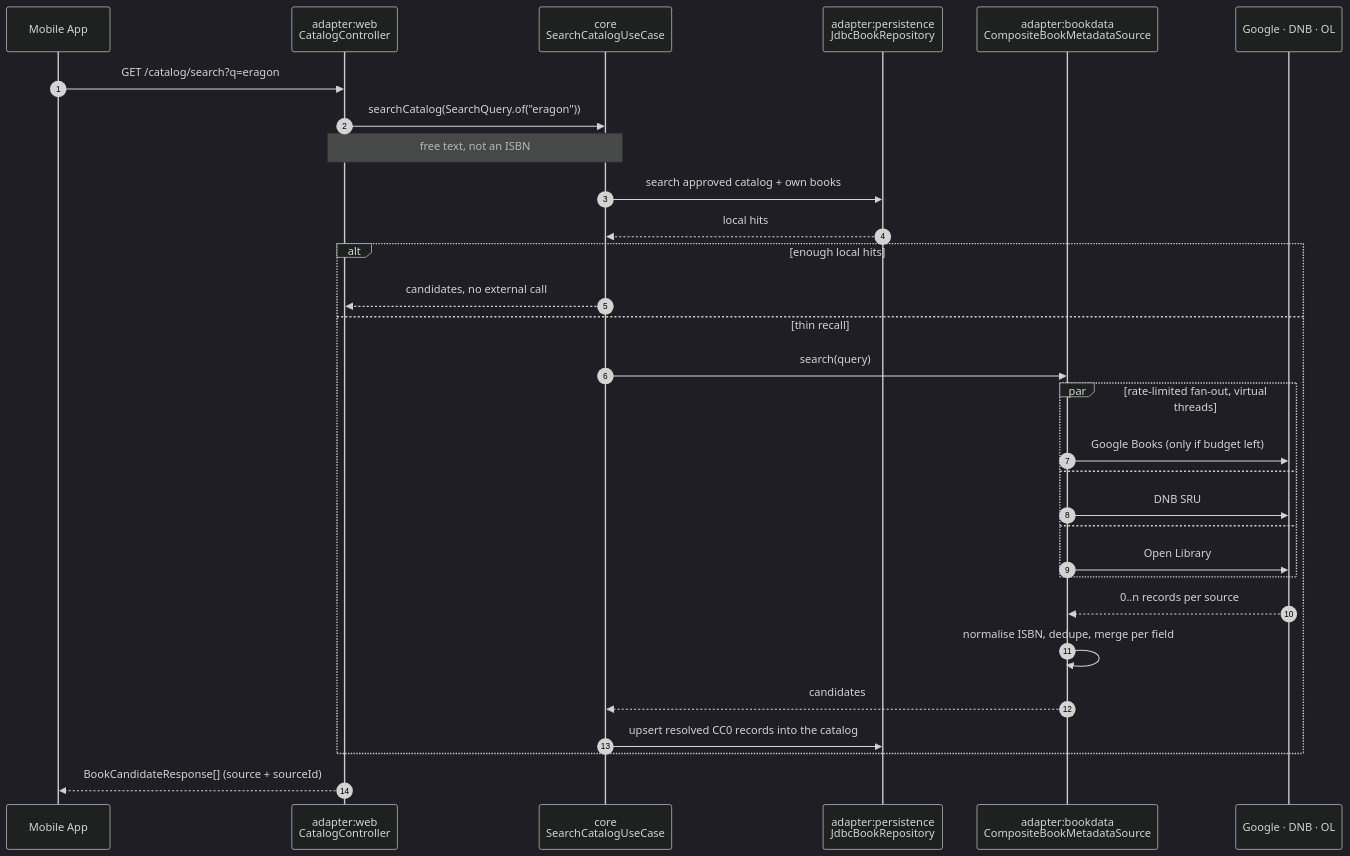
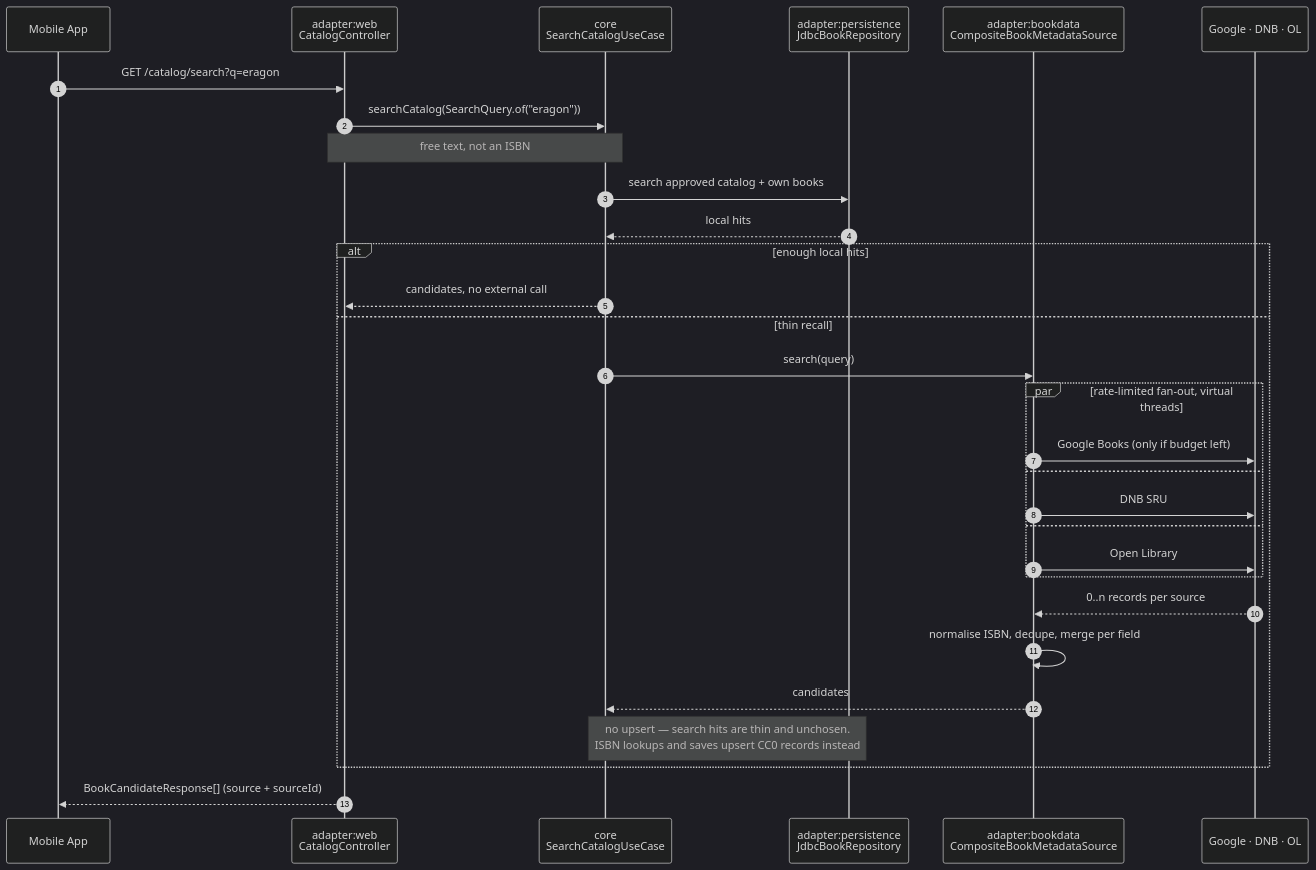
One commit to AnSrwn/BookTracker changed the fourth of 4 diagrams in backend/docs/architecture.md. Above: the diagram before and after it, drawn with Mermaid (dark theme). The commit also changed other lines of this file and 48 other files, not shown here.

Commit message:
Grow the catalog from ISBN lookups, with provenance and licence allowlist

````diff
--- a/backend/docs/architecture.md
+++ b/backend/docs/architecture.md
@@ -457,33 +463,33 @@
 ```mermaid
 sequenceDiagram
     autonumber
     participant App as Mobile App
     participant Ctrl as adapter:web<br/>CatalogController
     participant UC as core<br/>SearchCatalogUseCase
     participant Repo as adapter:persistence<br/>JdbcBookRepository
     participant Src as adapter:bookdata<br/>CompositeBookMetadataSource
     participant Ext as Google · DNB · OL
 
     App->>Ctrl: GET /catalog/search?q=eragon
     Ctrl->>UC: searchCatalog(SearchQuery.of("eragon"))
     Note over Ctrl,UC: free text, not an ISBN
     UC->>Repo: search approved catalog + own books
     Repo-->>UC: local hits
     alt enough local hits
         UC-->>Ctrl: candidates, no external call
     else thin recall
         UC->>Src: search(query)
         par rate-limited fan-out, virtual threads
             Src->>Ext: Google Books (only if budget left)
         and
             Src->>Ext: DNB SRU
         and
             Src->>Ext: Open Library
         end
         Ext-->>Src: 0..n records per source
         Src->>Src: normalise ISBN, dedupe, merge per field
         Src-->>UC: candidates
-        UC->>Repo: upsert resolved CC0 records into the catalog
+        Note over UC,Repo: no upsert — search hits are thin and unchosen.<br/>ISBN lookups and saves upsert CC0 records instead
     end
     Ctrl-->>App: BookCandidateResponse[] (source + sourceId)
 ```
````
